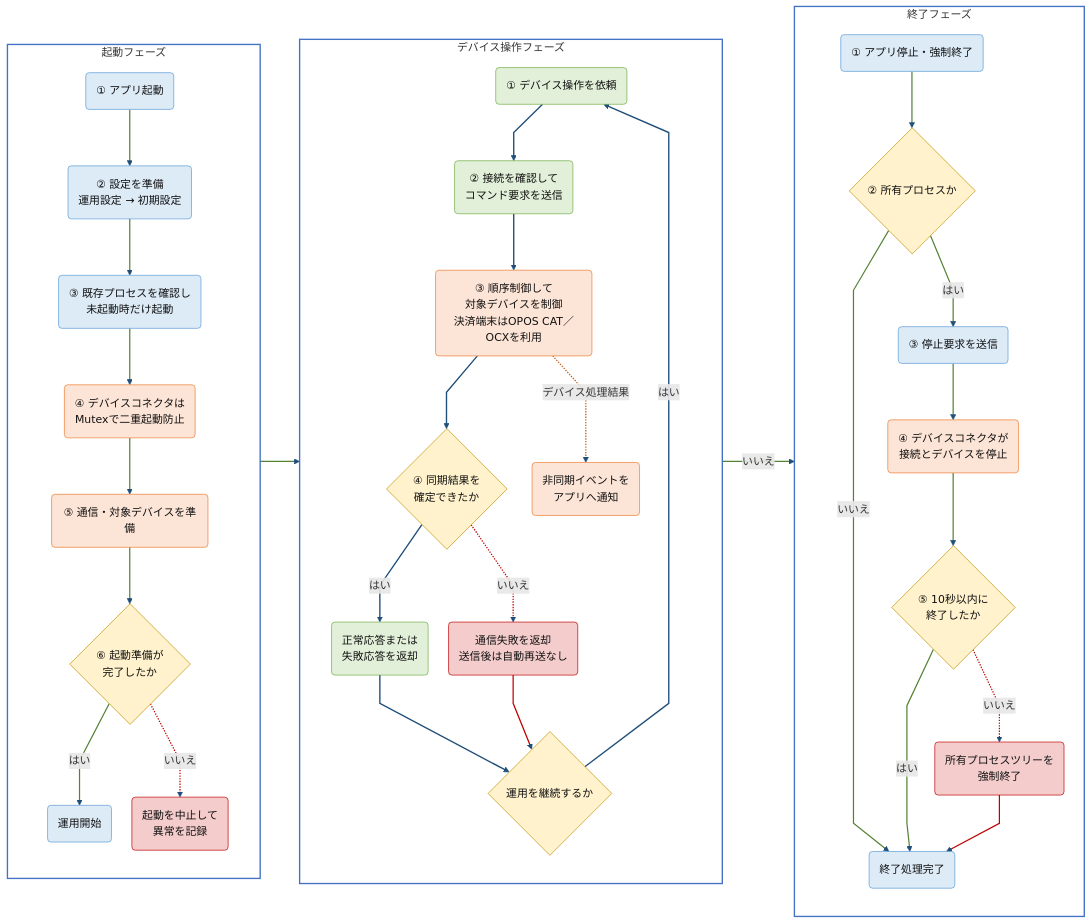
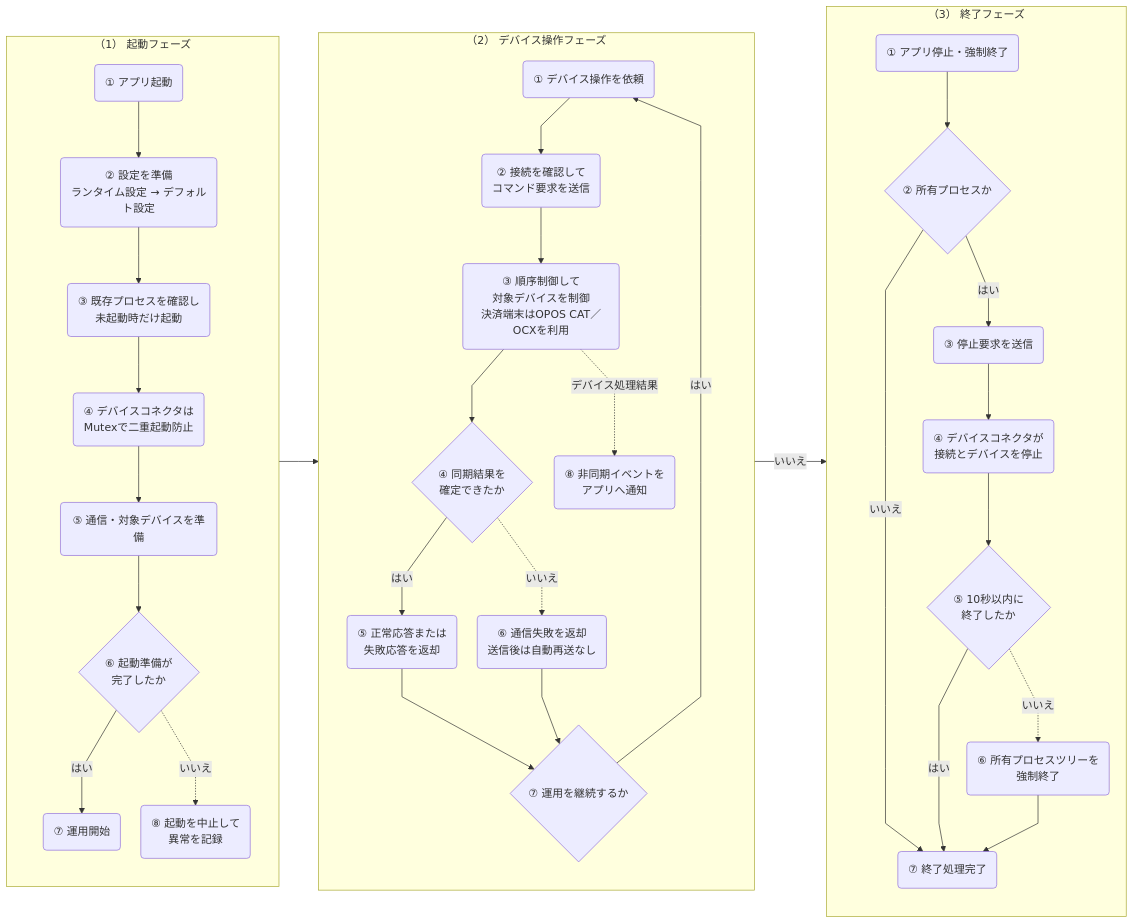
Before and after one commit to vti-sam/smj-ks-pos-stored: the third of 3 diagrams in artifacts/reports/architecture/ARCH-HOST-01_タブレットPOS_デバイスコネクタ基本設計書/ARCH-HOST-01_タブレットPOS_デバイスコネクタ基本設計書.md, drawn with Mermaid. The commit also changed other lines of this file and 58 other files, not shown here.

````diff
--- a/artifacts/reports/architecture/ARCH-HOST-01_タブレットPOS_デバイスコネクタ基本設計書/ARCH-HOST-01_タブレットPOS_デバイスコネクタ基本設計書.md
+++ b/artifacts/reports/architecture/ARCH-HOST-01_タブレットPOS_デバイスコネクタ基本設計書/ARCH-HOST-01_タブレットPOS_デバイスコネクタ基本設計書.md
@@ -429,32 +438,57 @@
 ```mermaid
 %%{init: {"flowchart": {"defaultRenderer": "dagre", "curve": "linear", "nodeSpacing": 30, "rankSpacing": 58}}}%%
 flowchart LR
-    subgraph START["起動フェーズ"]
+    %% legend-bind container=運用フェーズ
+    %% legend-bind class.app=アプリケーション層
+    %% legend-bind class.control=デバイス制御層
+    %% legend-bind class.host=デバイスコネクタ内処理
+    %% legend-bind class.decision=◇
+    %% legend-bind class.error=異常処理
+    %% legend-bind edge.default=━━▶ 主処理
+    %% legend-bind edge.dashed=┄┄▶ 異常経路
+    %% legend-bind edge.0=━━▶ ライフサイクル
+    %% legend-bind edge.1=━━▶ ライフサイクル
+    %% legend-bind edge.2=━━▶ ライフサイクル
+    %% legend-bind edge.3=━━▶ ライフサイクル
+    %% legend-bind edge.4=━━▶ ライフサイクル
+    %% legend-bind edge.5=━━▶ ライフサイクル
+    %% legend-bind edge.15=┄┄▶ 非同期イベント
+    %% legend-bind edge.16=━━▶ ライフサイクル
+    %% legend-bind edge.17=━━▶ ライフサイクル
+    %% legend-bind edge.18=━━▶ ライフサイクル
+    %% legend-bind edge.19=━━▶ ライフサイクル
+    %% legend-bind edge.20=━━▶ ライフサイクル
+    %% legend-bind edge.21=━━▶ ライフサイクル
+    %% legend-bind edge.23=━━▶ ライフサイクル
+    %% legend-bind edge.24=━━▶ ライフサイクル
+    %% legend-bind edge.25=━━▶ ライフサイクル
+    %% legend-bind label=コネクターラベル
+    subgraph START["（1） 起動フェーズ"]
         direction TB
         S1("① アプリ起動")
-        S2("② 設定を準備<br/>運用設定 → 初期設定")
+        S2("② 設定を準備<br/>ランタイム設定 → デフォルト設定")
         S3("③ 既存プロセスを確認し<br/>未起動時だけ起動")
         S4("④ デバイスコネクタは<br/>Mutexで二重起動防止")
         S5("⑤ 通信・対象デバイスを準備")
         S6{"⑥ 起動準備が<br/>完了したか"}
-        S7("運用開始")
-        START_ERROR("起動を中止して<br/>異常を記録")
+        S7("⑦ 運用開始")
+        START_ERROR("⑧ 起動を中止して<br/>異常を記録")
 
         S1 --> S2 --> S3 --> S4 --> S5 --> S6
         S6 -->|はい| S7
         S6 -.->|いいえ| START_ERROR
     end
 
-    subgraph OPERATION["デバイス操作フェーズ"]
+    subgraph OPERATION["（2） デバイス操作フェーズ"]
         direction TB
         O1("① デバイス操作を依頼")
         O2("② 接続を確認して<br/>コマンド要求を送信")
         O3("③ 順序制御して<br/>対象デバイスを制御<br/>決済端末はOPOS CAT／OCXを利用")
         O4{"④ 同期結果を<br/>確定できたか"}
-        O5("正常応答または<br/>失敗応答を返却")
-        COMM_ERROR("通信失敗を返却<br/>送信後は自動再送なし")
-        O6{"運用を継続するか"}
-        EVENT("非同期イベントを<br/>アプリへ通知")
+        O5("⑤ 正常応答または<br/>失敗応答を返却")
+        COMM_ERROR("⑥ 通信失敗を返却<br/>送信後は自動再送なし")
+        O6{"⑦ 運用を継続するか"}
+        EVENT("⑧ 非同期イベントを<br/>アプリへ通知")
 
         O1 --> O2 --> O3 --> O4
         O4 -->|はい| O5 --> O6
@@ -463,15 +497,15 @@
         O3 -.->|デバイス処理結果| EVENT
     end
 
-    subgraph STOP["終了フェーズ"]
+    subgraph STOP["（3） 終了フェーズ"]
         direction TB
         T1("① アプリ停止・強制終了")
         T2{"② 所有プロセスか"}
         T3("③ 停止要求を送信")
         T4("④ デバイスコネクタが<br/>接続とデバイスを停止")
         T5{"⑤ 10秒以内に<br/>終了したか"}
-        T6("所有プロセスツリーを<br/>強制終了")
-        T7("終了処理完了")
+        T6("⑥ 所有プロセスツリーを<br/>強制終了")
+        T7("⑦ 終了処理完了")
 
         T1 --> T2
         T2 -->|いいえ| T7
@@ -484,21 +518,9 @@
     S7 --> O1
     O6 -->|いいえ| T1
 
-    classDef app fill:#DDEBF7,stroke:#5B9BD5,color:#111111
-    classDef control fill:#E2F0D9,stroke:#70AD47,color:#111111
-    classDef host fill:#FCE4D6,stroke:#ED7D31,color:#111111
-    classDef decision fill:#FFF2CC,stroke:#BF9000,color:#111111
-    classDef error fill:#F4CCCC,stroke:#C00000,color:#111111
     class S1,S2,S3,S7,T1,T2,T3,T5,T7 app
     class O1,O2,O4,O5,O6 control
     class S4,S5,O3,EVENT,T4 host
     class S6,O4,O6,T2,T5 decision
     class START_ERROR,COMM_ERROR,T6 error
-    style START fill:#FFFFFF,stroke:#4472C4,stroke-width:2px
-    style OPERATION fill:#FFFFFF,stroke:#4472C4,stroke-width:2px
-    style STOP fill:#FFFFFF,stroke:#4472C4,stroke-width:2px
-    linkStyle default stroke:#1F4E79,stroke-width:2px
-    linkStyle 6,12,13,22,23 stroke:#C00000,stroke-width:1.8px
-    linkStyle 15 stroke:#C65911,stroke-width:1.8px
-    linkStyle 0,1,2,3,4,5,16,17,18,19,20,21,24,25 stroke:#548235,stroke-width:1.8px
 ```
````
